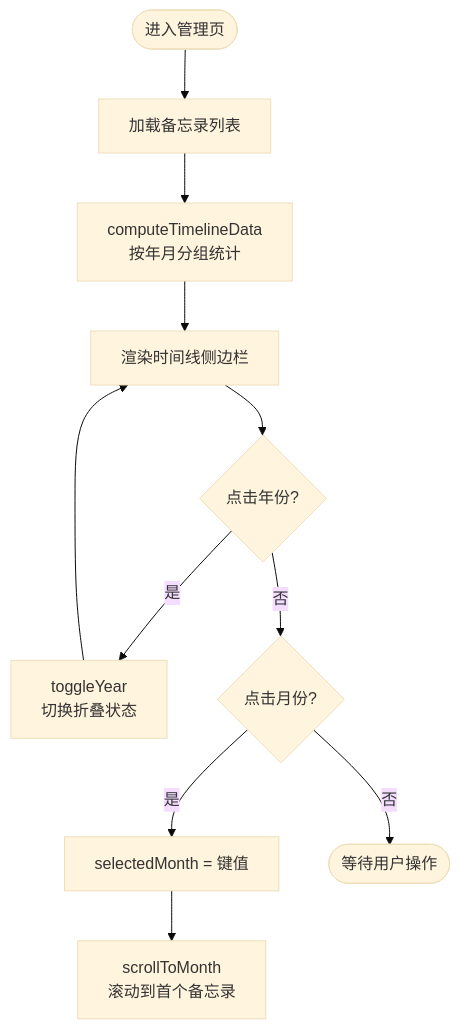
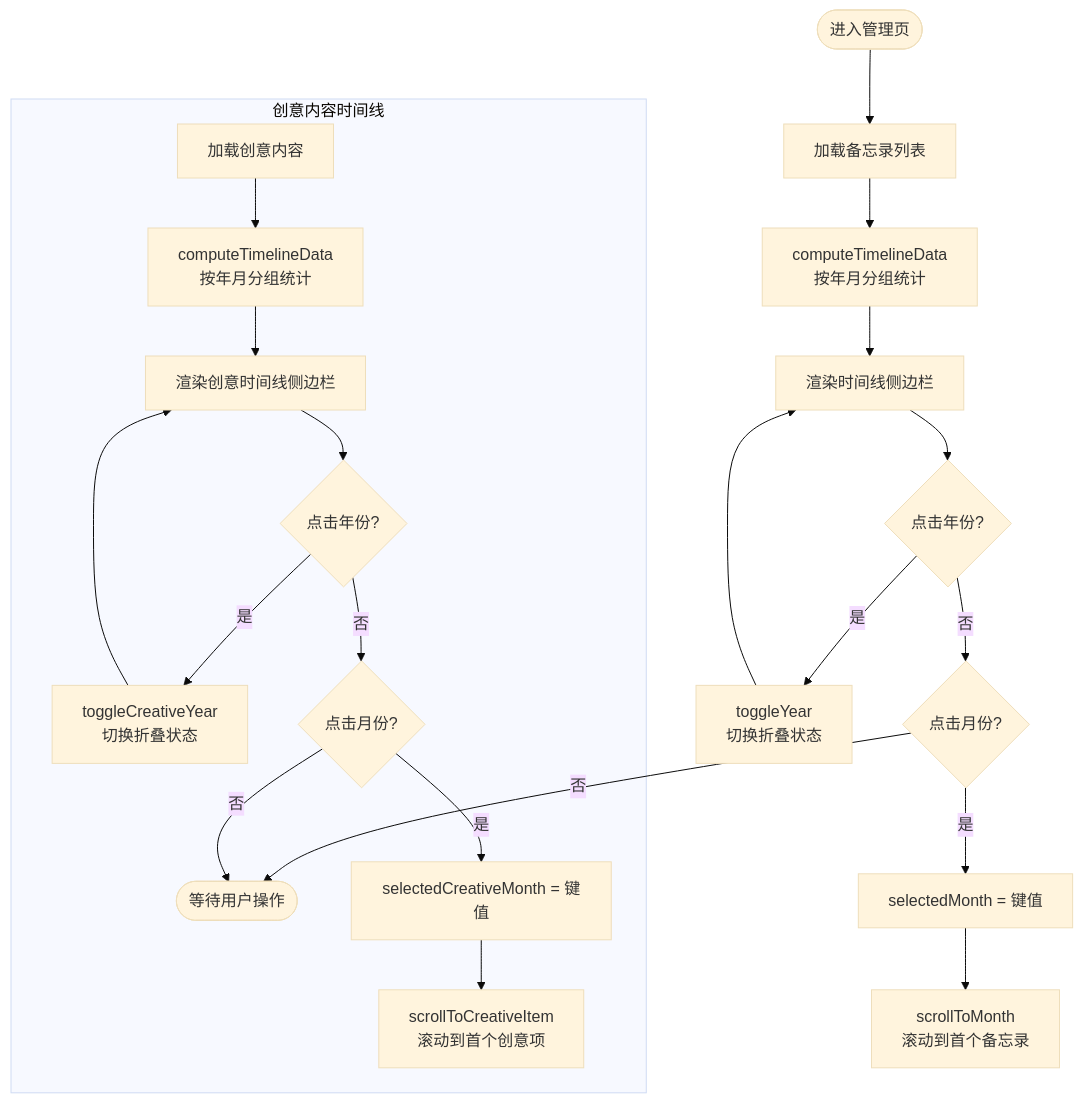
Before and after one commit to BlackBoxRecorder/memos: the third of 6 diagrams in .qoder/repowiki/zh/content/核心功能/管理后台系统.md, drawn with Mermaid (base theme). The commit also changed other lines of this file and 6 other files, not shown here.

````diff
--- a/.qoder/repowiki/zh/content/核心功能/管理后台系统.md
+++ b/.qoder/repowiki/zh/content/核心功能/管理后台系统.md
@@ -161,13 +193,24 @@
 ```mermaid
 flowchart TD
 Start(["进入管理页"]) --> LoadMemos["加载备忘录列表"]
 LoadMemos --> Compute["computeTimelineData<br/>按年月分组统计"]
 Compute --> Render["渲染时间线侧边栏"]
 Render --> ClickYear{"点击年份?"}
 ClickYear --> |是| ToggleYear["toggleYear<br/>切换折叠状态"]
 ToggleYear --> Render
 ClickYear --> |否| ClickMonth{"点击月份?"}
 ClickMonth --> |是| SelectMonth["selectedMonth = 键值"]
 SelectMonth --> Scroll["scrollToMonth<br/>滚动到首个备忘录"]
 ClickMonth --> |否| End(["等待用户操作"])
+subgraph "创意内容时间线"
+LoadCreative["加载创意内容"] --> ComputeCreative["computeTimelineData<br/>按年月分组统计"]
+ComputeCreative --> RenderCreative["渲染创意时间线侧边栏"]
+RenderCreative --> ClickCreativeYear{"点击年份?"}
+ClickCreativeYear --> |是| ToggleCreativeYear["toggleCreativeYear<br/>切换折叠状态"]
+ToggleCreativeYear --> RenderCreative
+ClickCreativeYear --> |否| ClickCreativeMonth{"点击月份?"}
+ClickCreativeMonth --> |是| SelectCreativeMonth["selectedCreativeMonth = 键值"]
+SelectCreativeMonth --> ScrollCreative["scrollToCreativeItem<br/>滚动到首个创意项"]
+ClickCreativeMonth --> |否| End
+end
 ```
````
